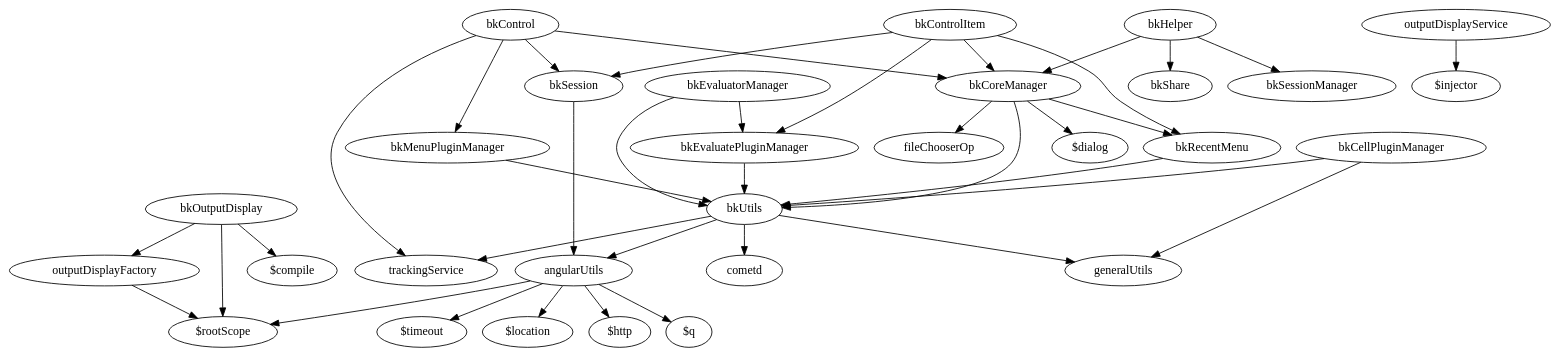
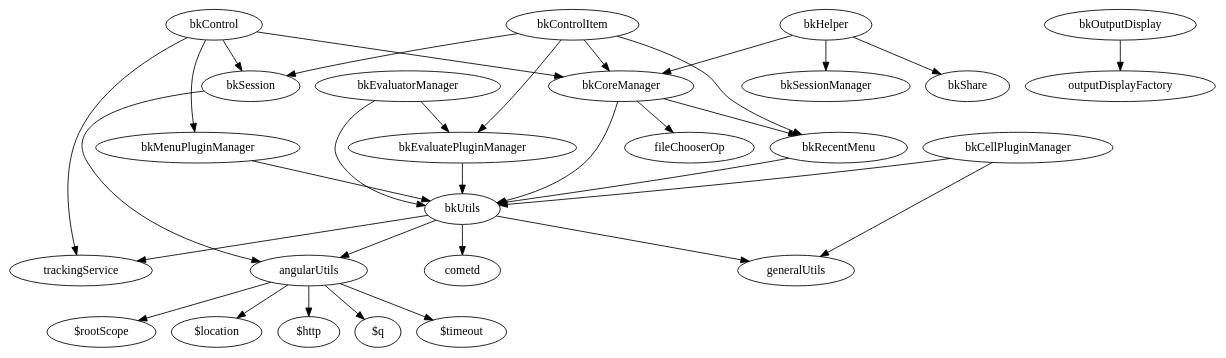
The diagram in bkControl.dot (anglee/hello), drawn with Graphviz before and after one commit. The commit also changed 2 other files, not shown here.

```diff
--- a/bkControl.dot
+++ b/bkControl.dot
@@ -1,53 +1,47 @@
 digraph G {
   angularUtils -> "$rootScope";
   angularUtils -> "$location";
   angularUtils -> "$http";
   angularUtils -> "$q";
   angularUtils -> "$timeout";
 
   bkCellPluginManager -> bkUtils;
   bkCellPluginManager -> generalUtils;
 
   bkControl -> bkCoreManager;
   bkControl -> bkSession;
   bkControl -> bkMenuPluginManager;
   bkControl -> trackingService;
 
   bkControlItem -> bkSession;
   bkControlItem -> bkCoreManager;
   bkControlItem -> bkRecentMenu;
   bkControlItem -> bkEvaluatePluginManager;
 
-  bkCoreManager -> "$dialog";
   bkCoreManager -> bkUtils;
   bkCoreManager -> bkRecentMenu;
   bkCoreManager -> fileChooserOp;
 
   bkEvaluatePluginManager -> bkUtils;
 
   bkEvaluatorManager -> bkUtils;
   bkEvaluatorManager -> bkEvaluatePluginManager;
 
   bkHelper -> bkSessionManager;
   bkHelper -> bkCoreManager;
   bkHelper -> bkShare;
 
   bkMenuPluginManager -> bkUtils;
 
-  outputDisplayService -> "$injector";
-  outputDisplayFactory -> "$rootScope";
-
-  bkOutputDisplay -> "$compile";
-  bkOutputDisplay -> "$rootScope";
   bkOutputDisplay -> "outputDisplayFactory";
 
   bkRecentMenu -> bkUtils;
 
   bkSession -> angularUtils;
 
   bkUtils -> generalUtils;
   bkUtils -> angularUtils;
   bkUtils -> trackingService;
   bkUtils -> cometd;
 
 }
```
